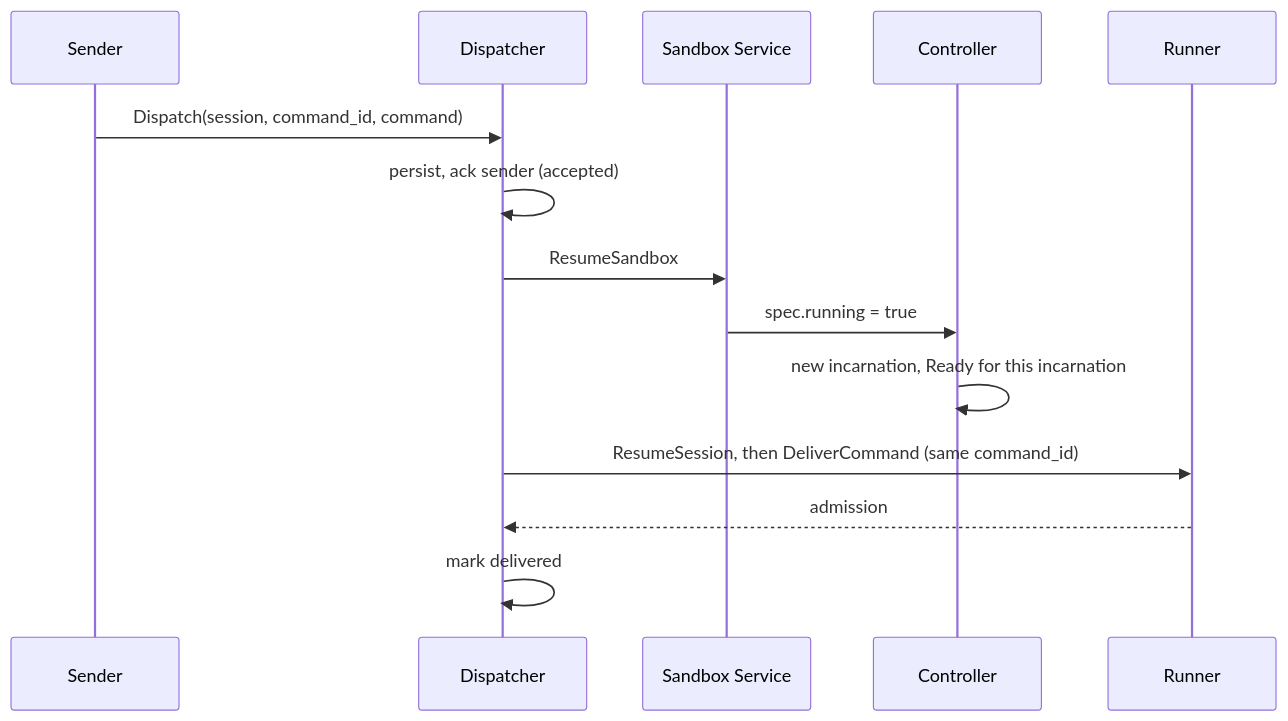
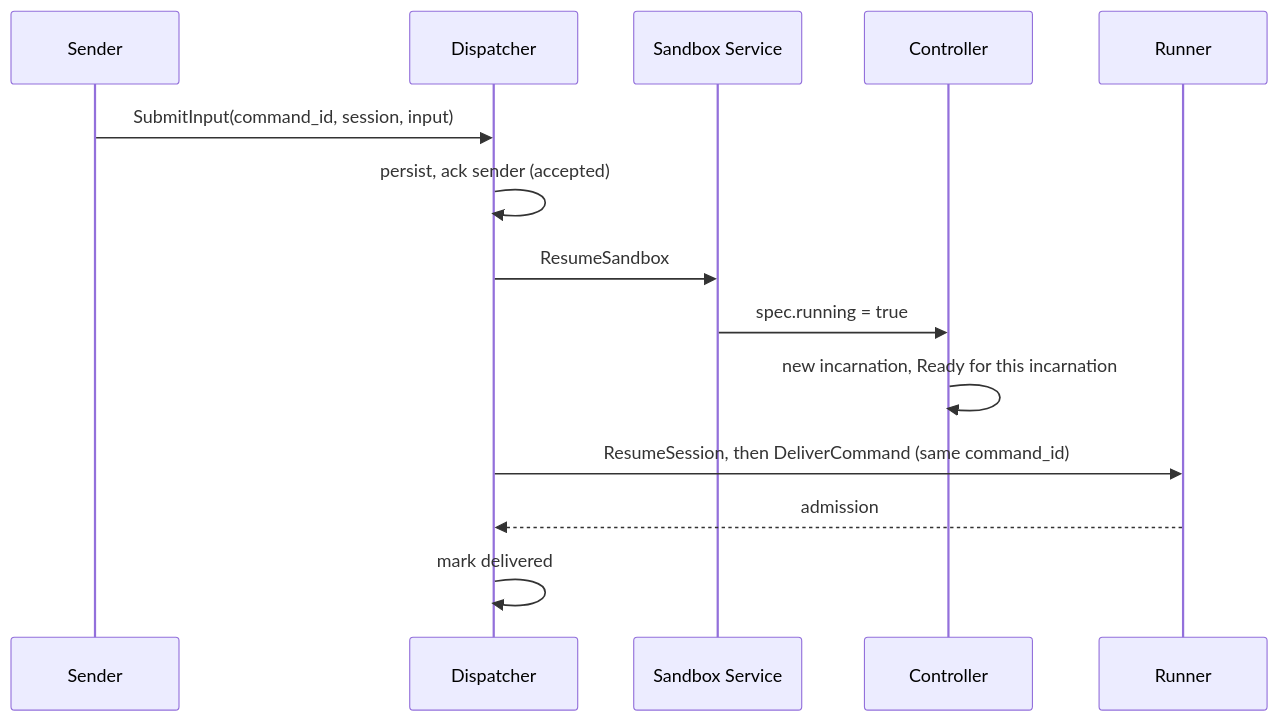
The third of 3 diagrams in agentplane/docs/adr_sandbox_session_control.md (agentydragon/ducktape), drawn with Mermaid before and after one commit. The commit also changed other lines of this file, not shown here.

First line of the commit message:
agentplane: Session Dispatcher has one RPC per command

````diff
--- a/agentplane/docs/adr_sandbox_session_control.md
+++ b/agentplane/docs/adr_sandbox_session_control.md
@@ -420,16 +427,16 @@
 ```mermaid
 sequenceDiagram
     participant S as Sender
     participant K as Dispatcher
     participant SS as Sandbox Service
     participant C as Controller
     participant R as Runner
-    S->>K: Dispatch(session, command_id, command)
+    S->>K: SubmitInput(command_id, session, input)
     K->>K: persist, ack sender (accepted)
     K->>SS: ResumeSandbox
     SS->>C: spec.running = true
     C->>C: new incarnation, Ready for this incarnation
     K->>R: ResumeSession, then DeliverCommand (same command_id)
     R-->>K: admission
     K->>K: mark delivered
 ```
````
